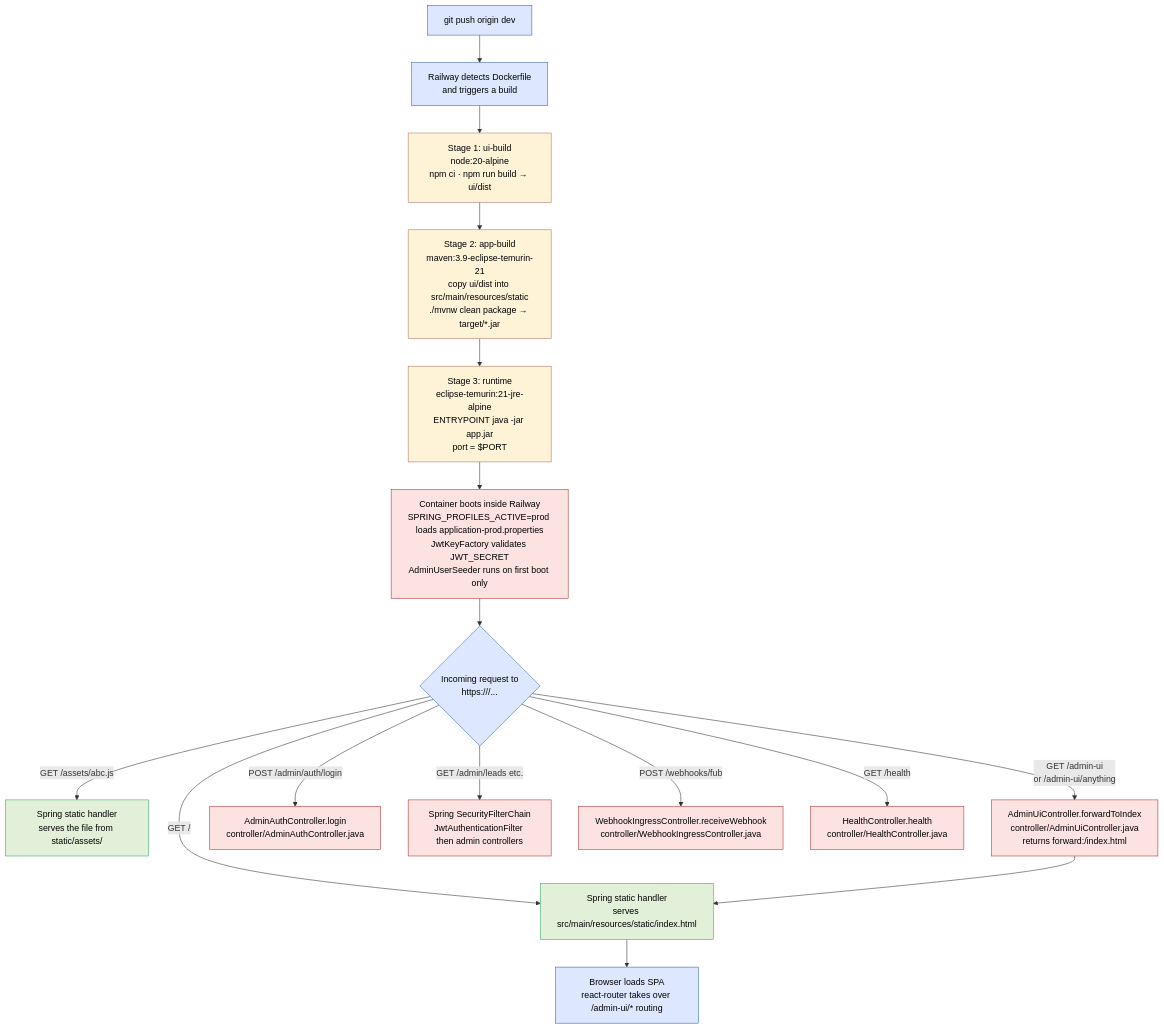
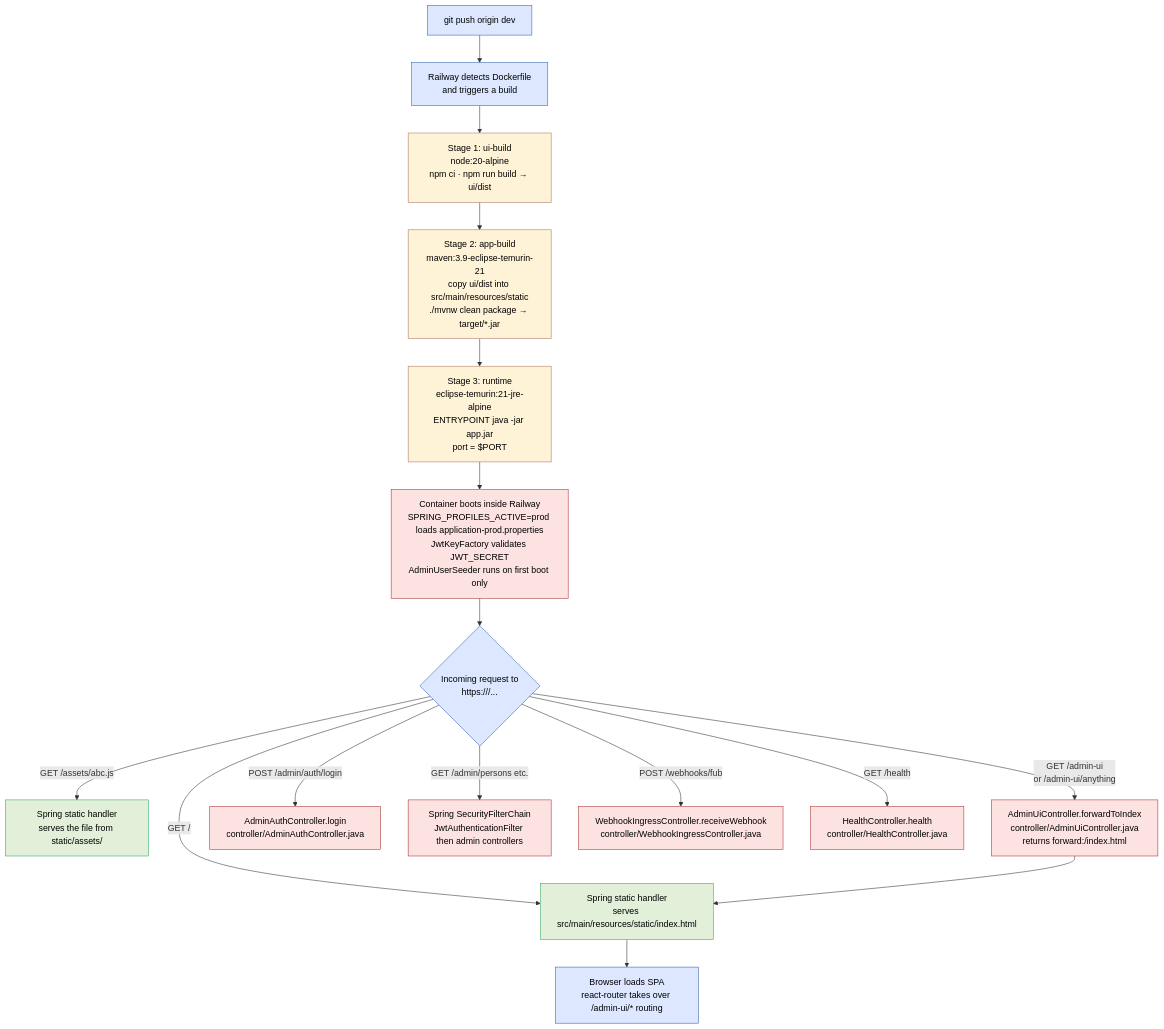
One commit to sarathkumar365/FUB-Automation changed the diagram in Docs/runbooks/railway-deploy-bundled-spa/plan.md. Above: the diagram before and after it, drawn with Mermaid. The commit also changed other lines of this file and 192 other files, not shown here.

````diff
--- a/Docs/runbooks/railway-deploy-bundled-spa/plan.md
+++ b/Docs/runbooks/railway-deploy-bundled-spa/plan.md
@@ -57,29 +57,29 @@
 ```mermaid
 flowchart TB
     classDef ext fill:#dde7ff,stroke:#36a,color:#000
     classDef build fill:#fef3d7,stroke:#a76,color:#000
     classDef rt fill:#fde2e2,stroke:#a33,color:#000
     classDef static fill:#e2f0d9,stroke:#3a6,color:#000
 
     A[git push origin dev]:::ext
     A --> B[Railway detects Dockerfile<br/>and triggers a build]:::ext
 
     B --> C[Stage 1: ui-build<br/>node:20-alpine<br/>npm ci · npm run build → ui/dist]:::build
     C --> D[Stage 2: app-build<br/>maven:3.9-eclipse-temurin-21<br/>copy ui/dist into src/main/resources/static<br/>./mvnw clean package → target/*.jar]:::build
     D --> E[Stage 3: runtime<br/>eclipse-temurin:21-jre-alpine<br/>ENTRYPOINT java -jar app.jar<br/>port = $PORT]:::build
 
     E --> F[Container boots inside Railway<br/>SPRING_PROFILES_ACTIVE=prod loads application-prod.properties<br/>JwtKeyFactory validates JWT_SECRET<br/>AdminUserSeeder runs on first boot only]:::rt
 
     F --> G{Incoming request to<br/>https://<host>/...}:::ext
 
     G -->|GET /| H[Spring static handler<br/>serves src/main/resources/static/index.html]:::static
     G -->|GET /assets/abc.js| I[Spring static handler<br/>serves the file from static/assets/]:::static
     G -->|GET /admin-ui<br/>or /admin-ui/anything| J[AdminUiController.forwardToIndex<br/>controller/AdminUiController.java<br/>returns forward:/index.html]:::rt
     G -->|POST /admin/auth/login| K[AdminAuthController.login<br/>controller/AdminAuthController.java]:::rt
-    G -->|GET /admin/leads etc.| L[Spring SecurityFilterChain<br/>JwtAuthenticationFilter then admin controllers]:::rt
+    G -->|GET /admin/persons etc.| L[Spring SecurityFilterChain<br/>JwtAuthenticationFilter then admin controllers]:::rt
     G -->|POST /webhooks/fub| M[WebhookIngressController.receiveWebhook<br/>controller/WebhookIngressController.java]:::rt
     G -->|GET /health| N[HealthController.health<br/>controller/HealthController.java]:::rt
 
     J --> H
     H --> O[Browser loads SPA<br/>react-router takes over /admin-ui/* routing]:::ext
 ```
````
